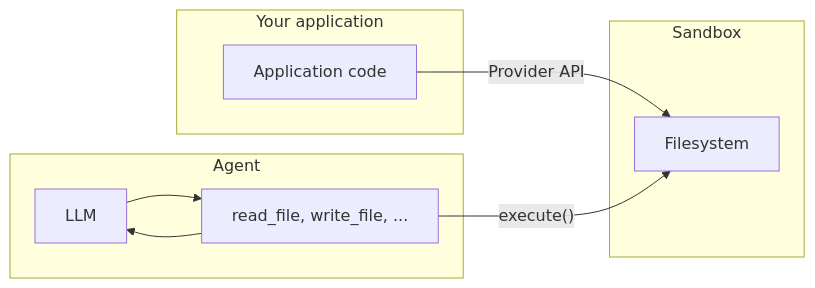
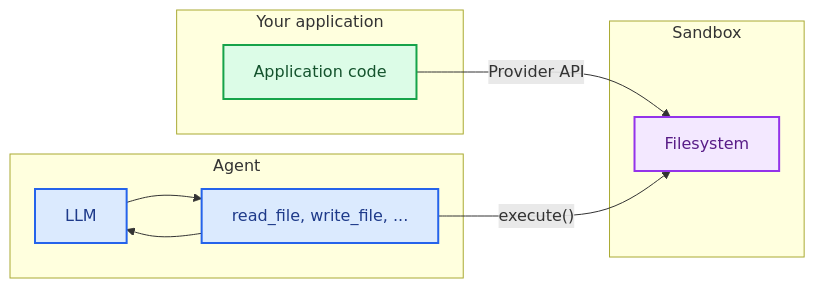
One commit to kunfan96/cndocs-langchain changed the third of 3 diagrams in oss/javascript/deepagents/sandboxes.mdx. Above: the diagram before and after it, drawn with Mermaid. The commit also changed other lines of this file and 2611 other files, not shown here.

````diff
--- a/oss/javascript/deepagents/sandboxes.mdx
+++ b/oss/javascript/deepagents/sandboxes.mdx
@@ -219,18 +379,26 @@
 ```mermaid
 graph LR
     subgraph "Your application"
         App[Application code]
     end
 
     subgraph "Agent"
         LLM --> Tools["read_file, write_file, ..."]
         Tools --> LLM
     end
 
     subgraph "Sandbox"
         FS[Filesystem]
     end
 
     App -- "Provider API" --> FS
     Tools -- "execute()" --> FS
+
+    classDef trigger fill:#DCFCE7,stroke:#16A34A,stroke-width:2px,color:#14532D
+    classDef process fill:#DBEAFE,stroke:#2563EB,stroke-width:2px,color:#1E3A8A
+    classDef output fill:#F3E8FF,stroke:#9333EA,stroke-width:2px,color:#581C87
+
+    class App trigger
+    class LLM,Tools process
+    class FS output
 ```
````
